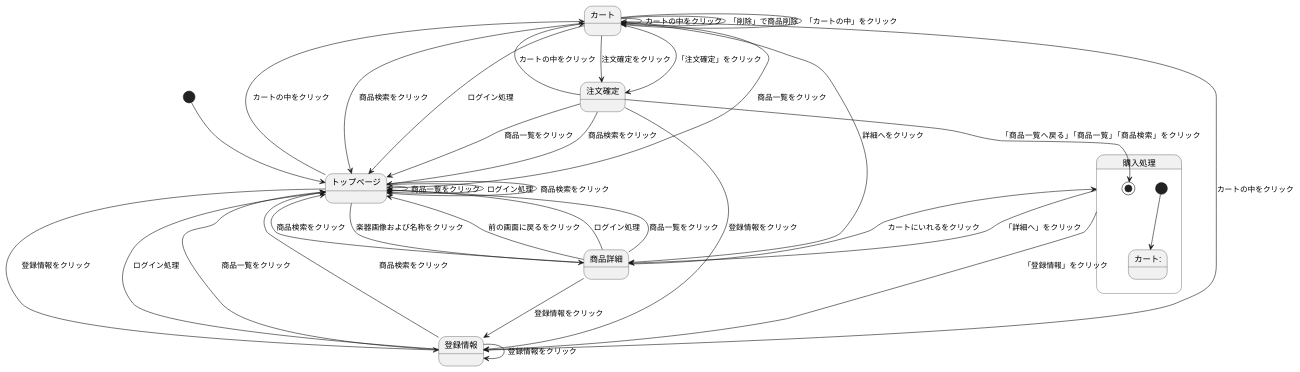
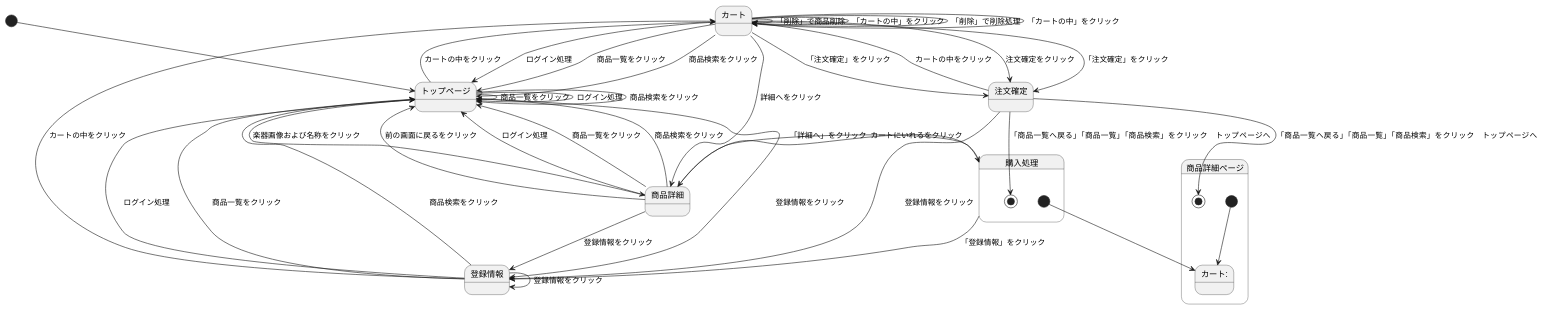
One commit to Aso2001374/2021sys-design changed the third of 3 diagrams in stm01.md. Above: the diagram before and after it, drawn with PlantUML.

````diff
--- a/stm01.md
+++ b/stm01.md
@@ -55,51 +55,58 @@
 ```uml
 @startuml
 [*] --> トップページ
 
 トップページ--> トップページ : 商品一覧をクリック
 トップページ--> トップページ : ログイン処理
 トップページ--> トップページ : 商品検索をクリック
 トップページ-left-> カート : カートの中をクリック
 トップページ--> 登録情報 : 登録情報をクリック
 トップページ--> 商品詳細 : 楽器画像および名称をクリック
 
 
 商品詳細--> トップページ : 前の画面に戻るをクリック
 商品詳細--> トップページ : ログイン処理
 商品詳細--> トップページ : 商品一覧をクリック
 商品詳細--> トップページ : 商品検索をクリック
 商品詳細--> 登録情報 : 登録情報をクリック
 
 カート --> 商品詳細 : 詳細へをクリック
 カート --> トップページ : ログイン処理
 カート --> トップページ : 商品一覧をクリック
 カート --> トップページ : 商品検索をクリック
-カート --> カート : カートの中をクリック
+
 カート-->注文確定 : 注文確定をクリック
 
 登録情報 --> トップページ : ログイン処理
 登録情報 --> トップページ : 商品一覧をクリック
 登録情報 --> トップページ : 商品検索をクリック
 登録情報 --> カート : カートの中をクリック
 登録情報 --> 登録情報 : 登録情報をクリック
 
-注文確定 --> トップページ : 商品一覧をクリック
-注文確定 --> トップページ : 商品検索をクリック
+
 注文確定 --> カート : カートの中をクリック
 注文確定 --> 登録情報 : 登録情報をクリック
+
+state 商品詳細ページ{
+[*] --> カート:
+カート--> 注文確定: 「注文確定」をクリック
+カート--> カート: 「削除」で商品削除
+カート--> カート: 「カートの中」をクリック
+注文確定--> [*]: 「商品一覧へ戻る」「商品一覧」「商品検索」をクリック　トップページへ
+}
 
 商品詳細--> 購入処理 : カートにいれるをクリック
 
 state 購入処理{
 [*] --> カート:
 カート--> 注文確定: 「注文確定」をクリック
-カート--> カート: 「削除」で商品削除
+カート--> カート: 「削除」で削除処理
 カート--> カート: 「カートの中」をクリック
-注文確定--> [*]: 「商品一覧へ戻る」「商品一覧」「商品検索」をクリック
+注文確定--> [*]: 「商品一覧へ戻る」「商品一覧」「商品検索」をクリック　トップページへ
 }
 購入処理--> 商品詳細 : 「詳細へ」をクリック
 購入処理--> 登録情報 : 「登録情報」をクリック
 
 
 @enduml
 ```
````
